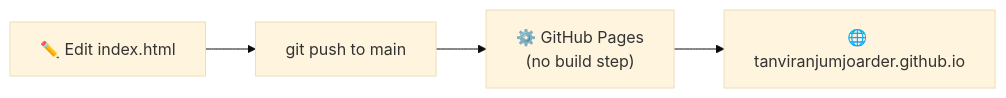
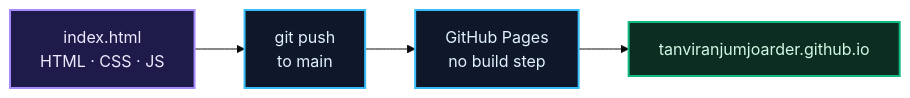
Before and after one commit to tanviranjumjoarder/tanviranjumjoarder.github.io: the second of 2 diagrams in README.md, drawn with Mermaid (base theme). The commit also changed other lines of this file and 3 other files, not shown here.

````diff
--- a/README.md
+++ b/README.md
@@ -151,6 +125,9 @@
 ```mermaid
 flowchart LR
-    A["✏️ Edit index.html"] --> B["git push to main"]
-    B --> C["⚙️ GitHub Pages<br/>(no build step)"]
-    C --> D["🌐 tanviranjumjoarder.github.io"]
+    A["index.html<br/>HTML · CSS · JS"]:::src --> B["git push<br/>to main"]:::step
+    B --> C["GitHub Pages<br/>no build step"]:::step
+    C --> D["tanviranjumjoarder.github.io"]:::live
+    classDef src fill:#1e1b4b,stroke:#a78bfa,stroke-width:2px,color:#ede9fe
+    classDef step fill:#0f172a,stroke:#38BDF8,stroke-width:2px,color:#e0f2fe
+    classDef live fill:#0c2e22,stroke:#10B981,stroke-width:2px,color:#d1fae5
 ```
````
